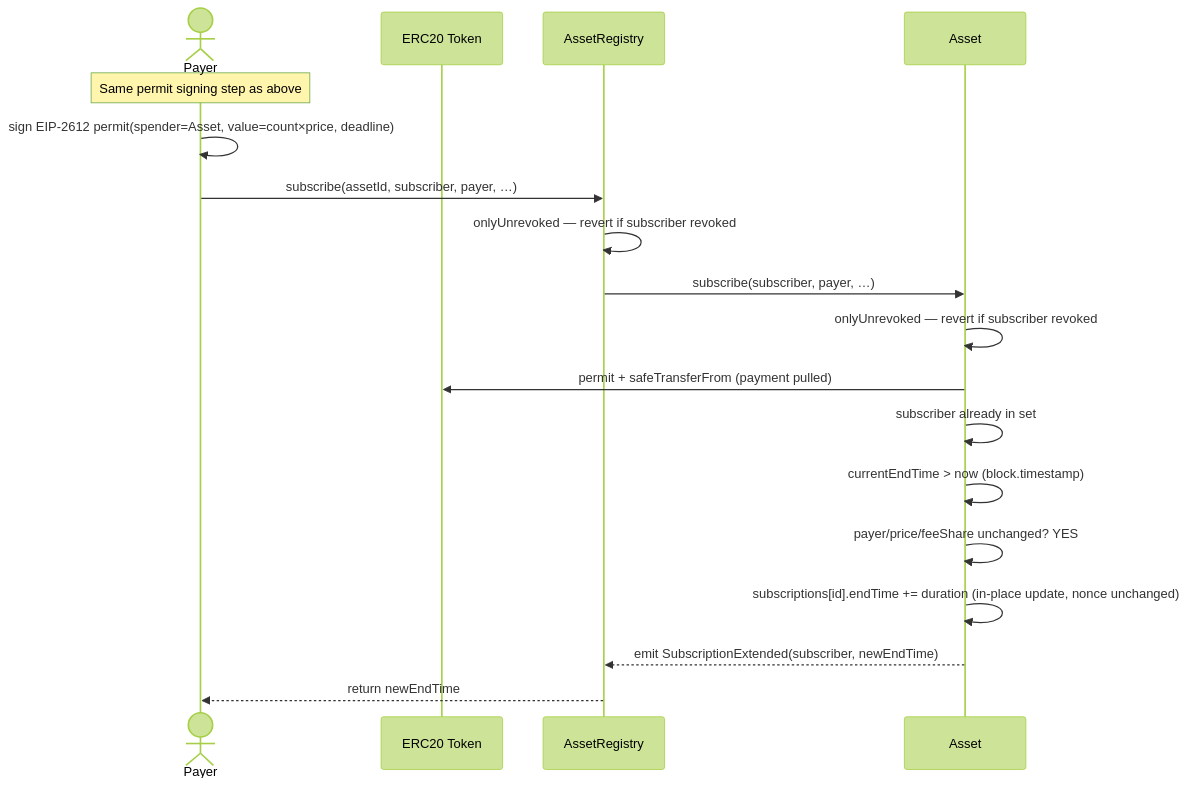
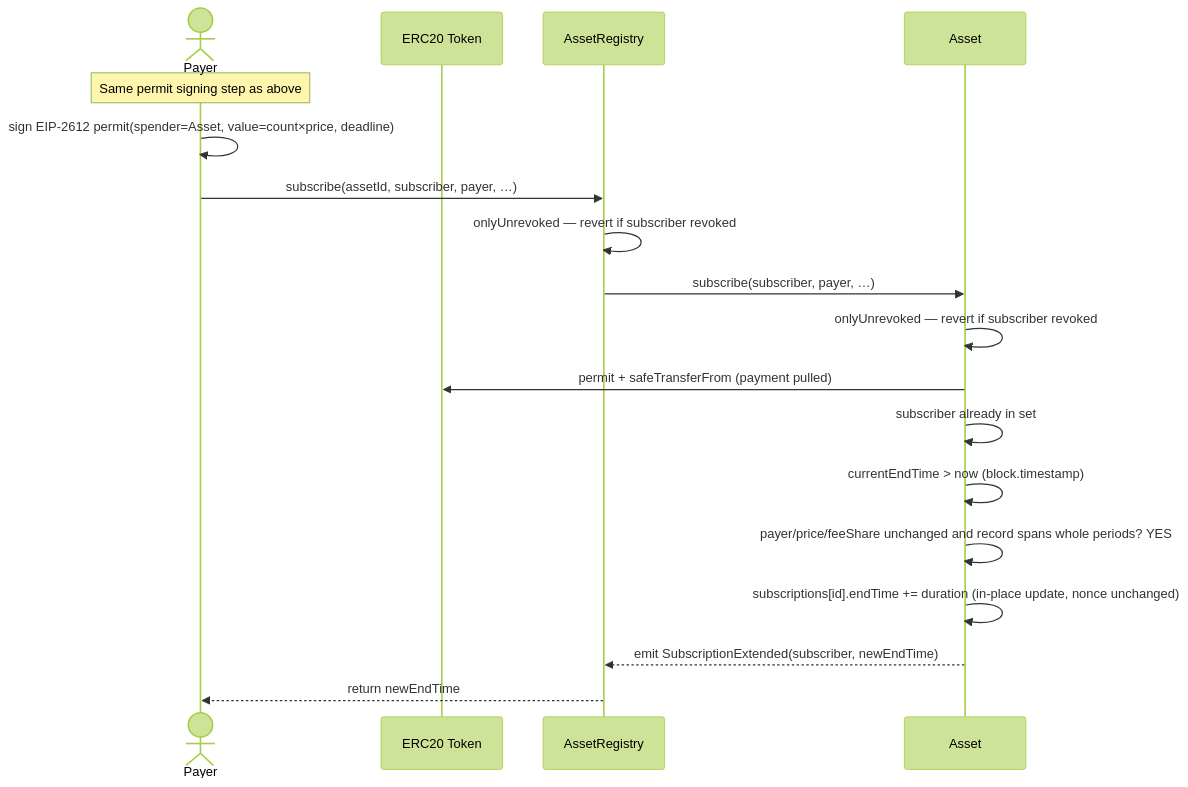
One commit to klanggames/open-creator-rails changed the third of 11 diagrams in docs/execution-flows.md. Above: the diagram before and after it, drawn with Mermaid (forest theme). The commit also changed other lines of this file and 1 other file, not shown here.

````diff
--- a/docs/execution-flows.md
+++ b/docs/execution-flows.md
@@ -136,23 +136,23 @@
 ```mermaid
 sequenceDiagram
     actor P as Payer
     participant ERC20 as ERC20 Token
     participant AR as AssetRegistry
     participant A as Asset
 
     Note over P: Same permit signing step as above
     P->>P: sign EIP-2612 permit(spender=Asset, value=count×price, deadline)
 
     P->>AR: subscribe(assetId, subscriber, payer, …)
     AR->>AR: onlyUnrevoked — revert if subscriber revoked
     AR->>A: subscribe(subscriber, payer, …)
     A->>A: onlyUnrevoked — revert if subscriber revoked
     A->>ERC20: permit + safeTransferFrom (payment pulled)
 
     A->>A: subscriber already in set
     A->>A: currentEndTime > now (block.timestamp)
-    A->>A: payer/price/feeShare unchanged?  YES
+    A->>A: payer/price/feeShare unchanged and record spans whole periods?  YES
     A->>A: subscriptions[id].endTime += duration  (in-place update, nonce unchanged)
     A-->>AR: emit SubscriptionExtended(subscriber, newEndTime)
     AR-->>P: return newEndTime
 ```
````
